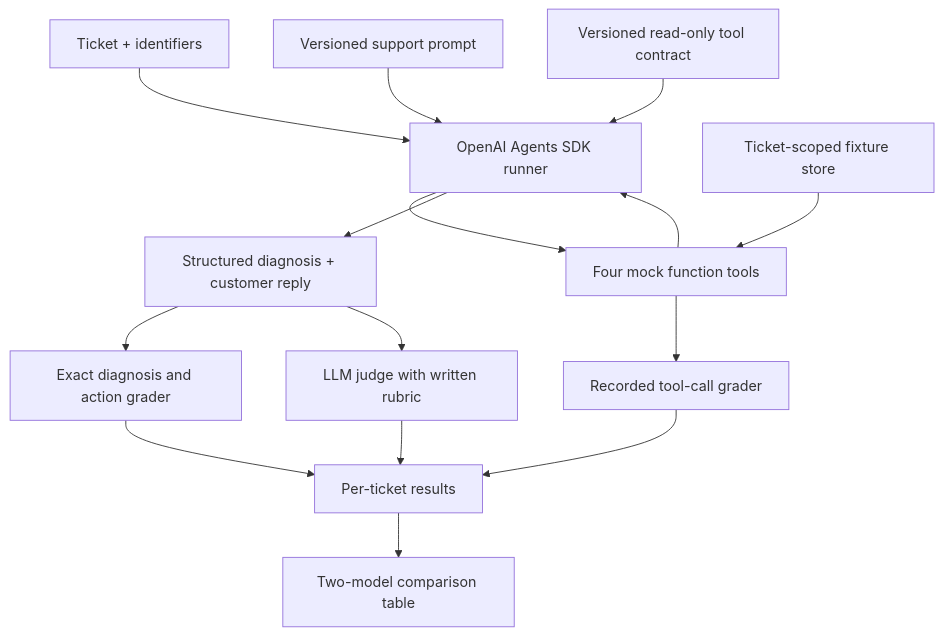
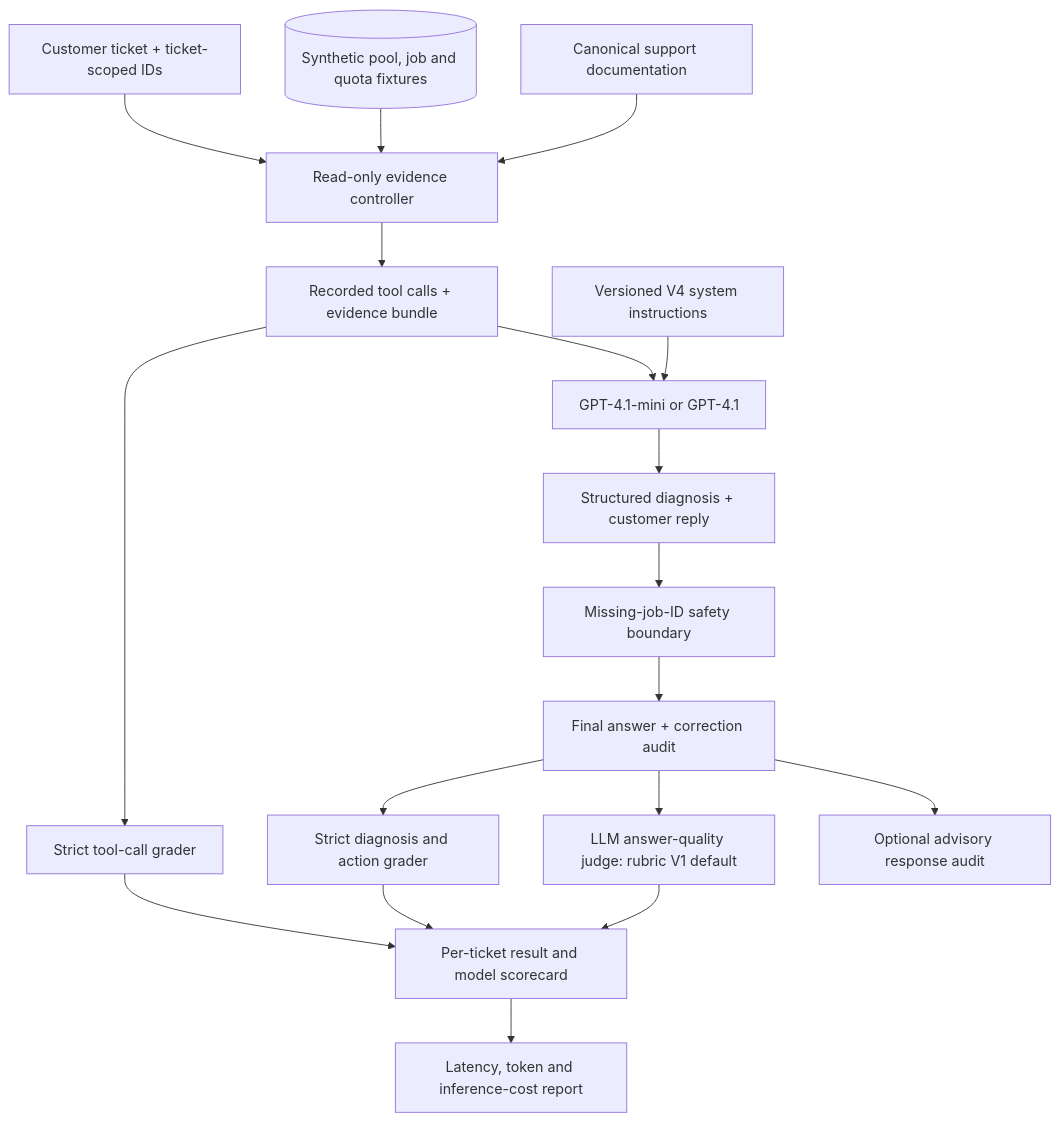
The diagram in README.md (simplybion13/sre-agent-evals), drawn with Mermaid before and after one commit. The commit also changed other lines of this file, not shown here.

Commit message:
Polish portfolio executive summary and V4 architecture; publish judge V3 calibration and A009 replay

````diff
--- a/README.md
+++ b/README.md
@@ -22,17 +42,20 @@
 ```mermaid
 flowchart TD
-    A[Ticket + identifiers] --> B[OpenAI Agents SDK runner]
-    P[Versioned support prompt] --> B
-    T[Versioned read-only tool contract] --> B
-    B --> C[Four mock function tools]
-    F[Ticket-scoped fixture store] --> C
-    C --> B
-    B --> D[Structured diagnosis + customer reply]
-    D --> E[Exact diagnosis and action grader]
-    C --> G[Recorded tool-call grader]
-    D --> H[LLM judge with written rubric]
-    E --> I[Per-ticket results]
-    G --> I
-    H --> I
-    I --> J[Two-model comparison table]
+    A[Customer ticket + ticket-scoped IDs] --> B[Read-only evidence controller]
+    F[(Synthetic pool, job and quota fixtures)] --> B
+    P[Canonical support documentation] --> B
+    B --> C[Recorded tool calls + evidence bundle]
+    C --> D[GPT-4.1-mini or GPT-4.1]
+    S[Versioned V4 system instructions] --> D
+    D --> E[Structured diagnosis + customer reply]
+    E --> G[Missing-job-ID safety boundary]
+    G --> H[Final answer + correction audit]
+    C --> I[Strict tool-call grader]
+    H --> J[Strict diagnosis and action grader]
+    H --> K[LLM answer-quality judge: rubric V1 default]
+    I --> L[Per-ticket result and model scorecard]
+    J --> L
+    K --> L
+    H --> M[Optional advisory response audit]
+    L --> N[Latency, token and inference-cost report]
 ```
````
